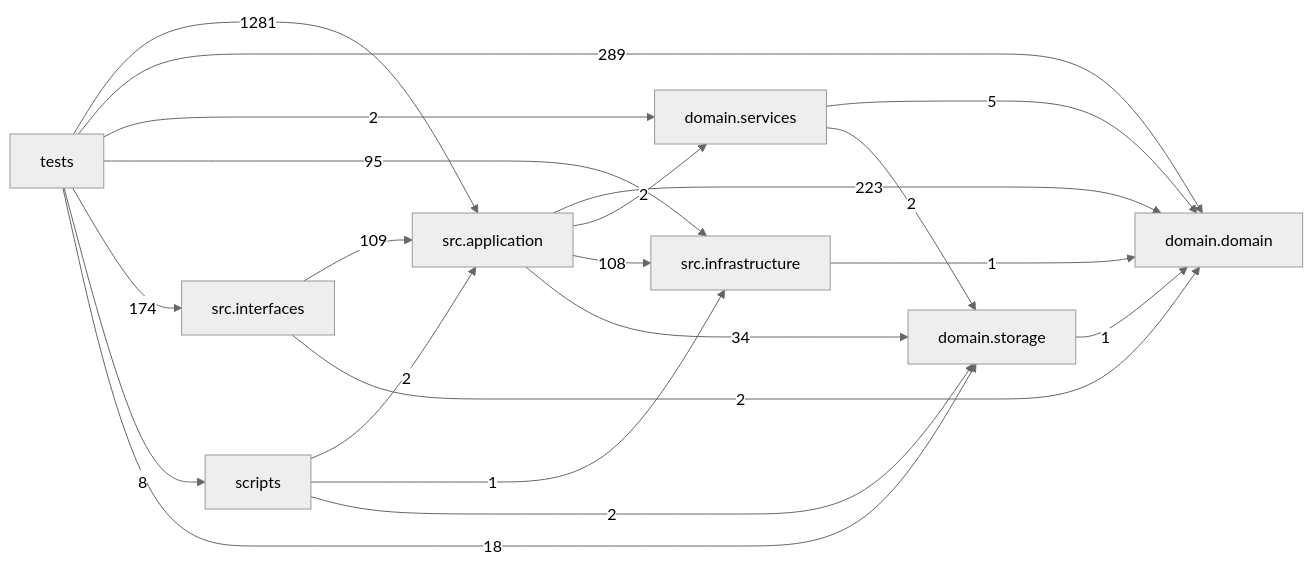
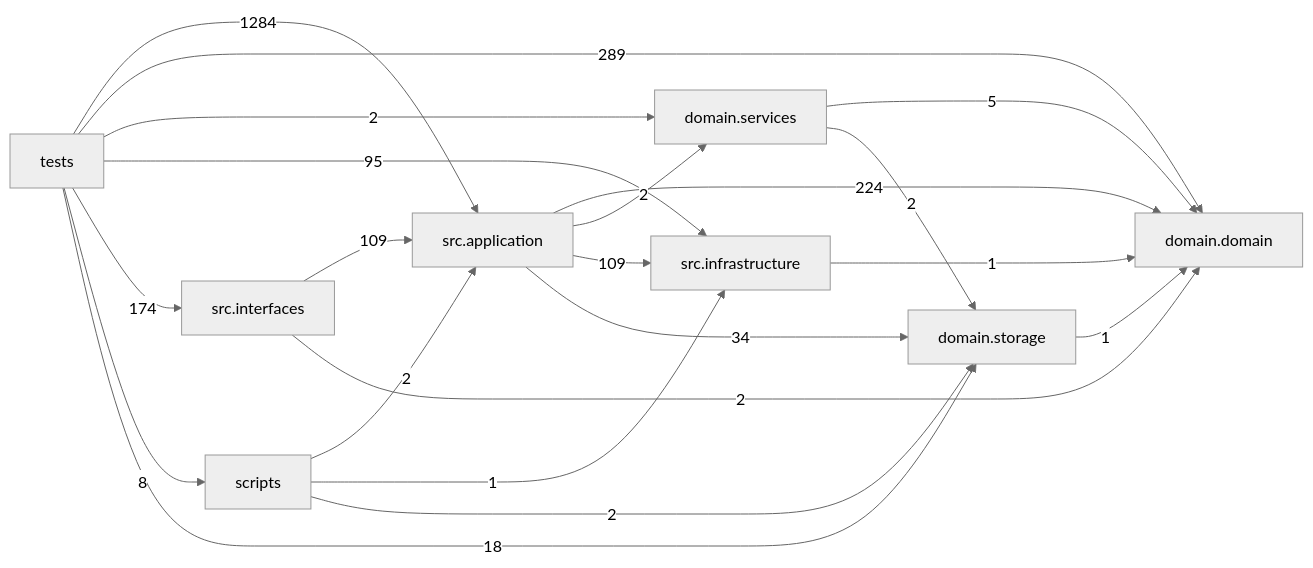
Before and after one commit to liuxie066/options-monitor: the diagram in docs/DEPENDENCY_GRAPH.md, drawn with Mermaid (neutral theme). The commit also changed other lines of this file and 14 other files, not shown here.

````diff
--- a/docs/DEPENDENCY_GRAPH.md
+++ b/docs/DEPENDENCY_GRAPH.md
@@ -24,31 +24,31 @@
 ```mermaid
 flowchart LR
   tests["tests"]
   scripts["scripts"]
   interfaces["src.interfaces"]
   application["src.application"]
   infrastructure["src.infrastructure"]
   domain_services["domain.services"]
   domain["domain.domain"]
   storage["domain.storage"]
-  application -->|223| domain
+  application -->|224| domain
   application -->|2| domain_services
-  application -->|108| infrastructure
+  application -->|109| infrastructure
   application -->|34| storage
   domain_services -->|5| domain
   domain_services -->|2| storage
   infrastructure -->|1| domain
   interfaces -->|109| application
   interfaces -->|2| domain
   scripts -->|2| application
   scripts -->|1| infrastructure
   scripts -->|2| storage
   storage -->|1| domain
-  tests -->|1281| application
+  tests -->|1284| application
   tests -->|289| domain
   tests -->|2| domain_services
   tests -->|95| infrastructure
   tests -->|174| interfaces
   tests -->|8| scripts
   tests -->|18| storage
 ```
````
